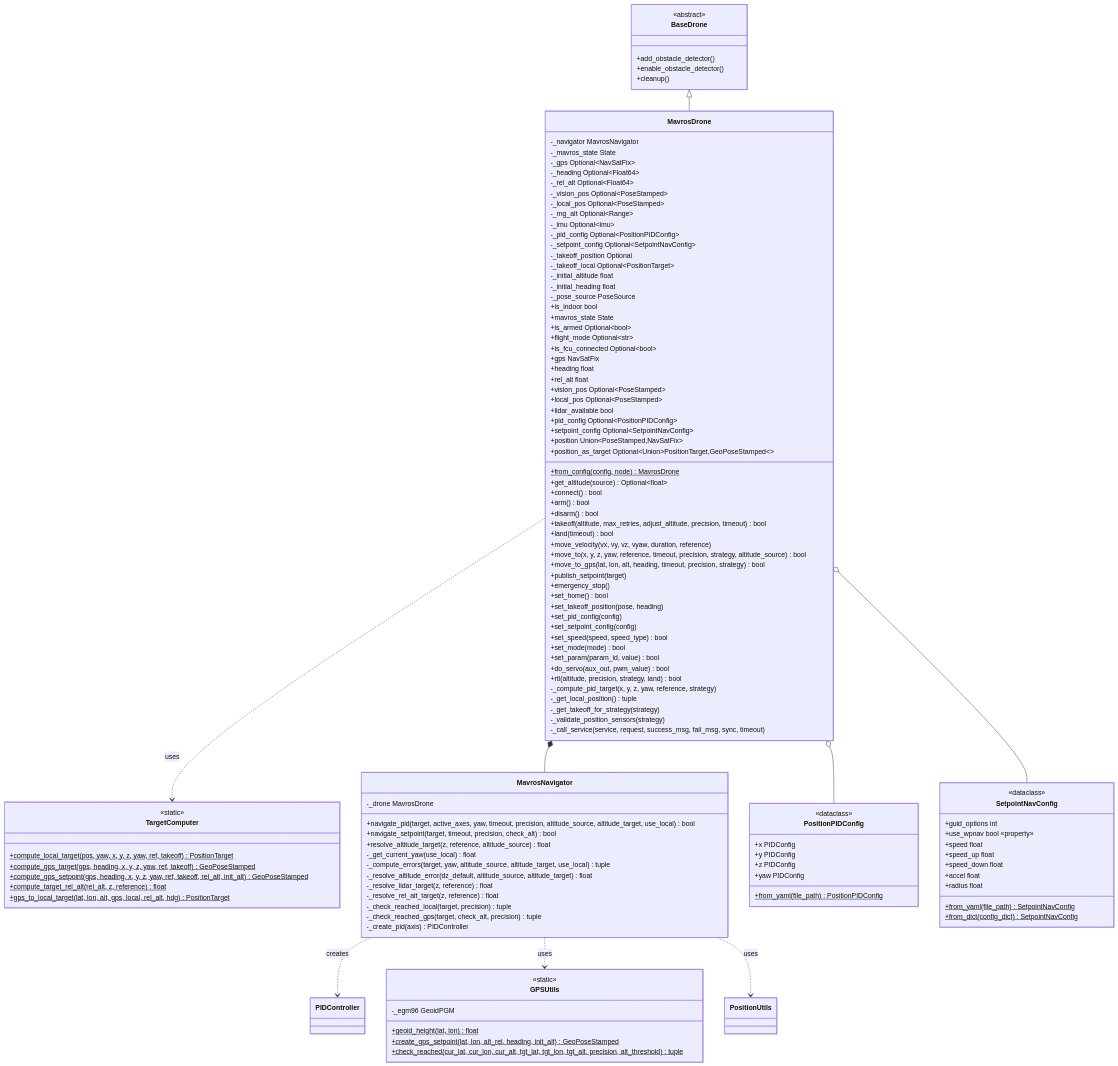
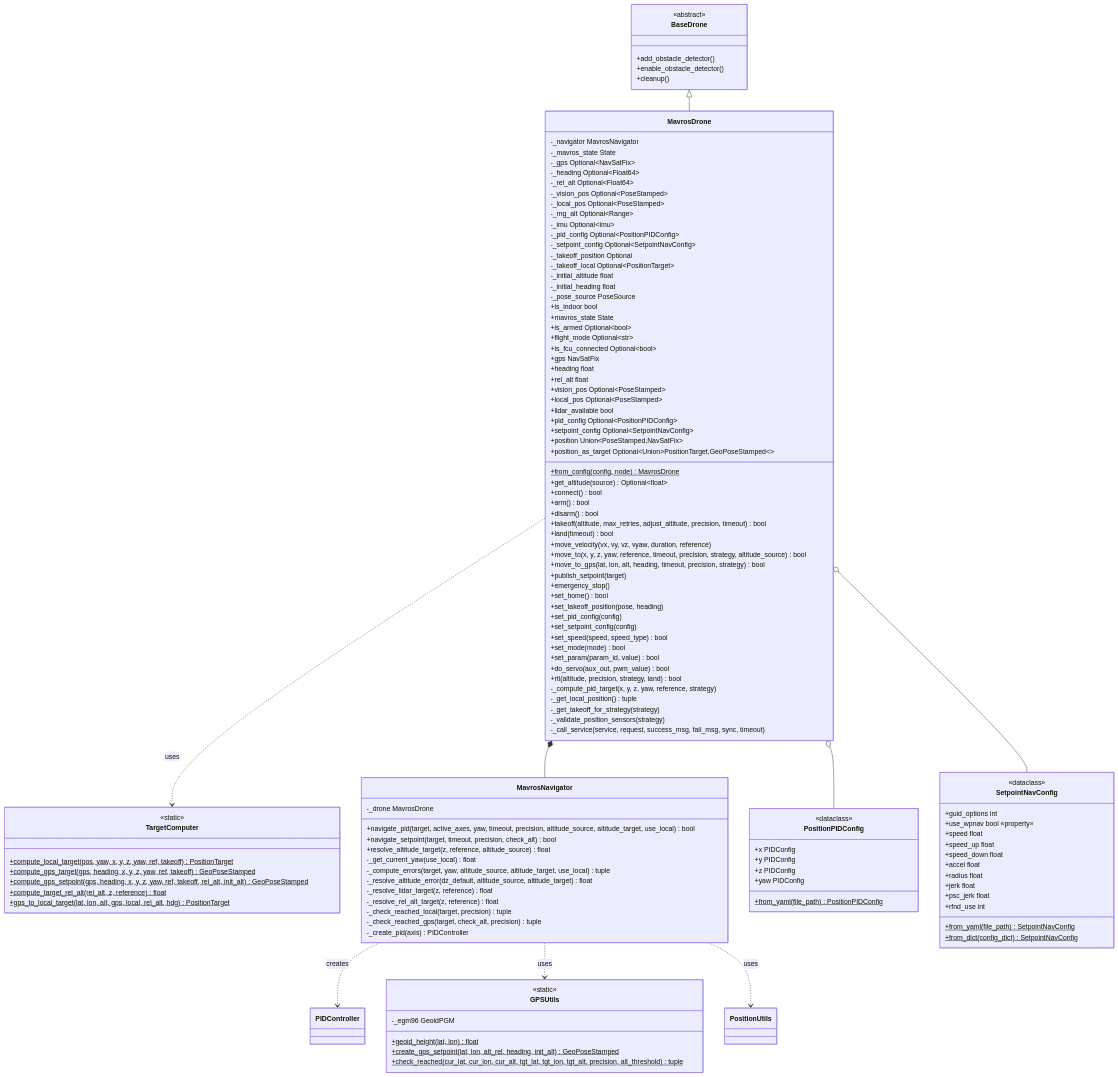
Before and after one commit to Black-Bee-Drones/nectar-sdk: the first of 3 diagrams in nectar/nectar/control/mavros/README.md, drawn with Mermaid. The commit also changed other lines of this file and 1 other file, not shown here.

Commit message:
feat: add jerk and rangefinder parameters to SetpointNavConfig

```diff
--- a/nectar/nectar/control/mavros/README.md
+++ b/nectar/nectar/control/mavros/README.md
@@ -200,6 +200,9 @@
         +speed_down float
         +accel float
         +radius float
+        +jerk float
+        +psc_jerk float
+        +rfnd_use int
         +from_yaml(file_path)$ SetpointNavConfig
         +from_dict(config_dict)$ SetpointNavConfig
     }
```
